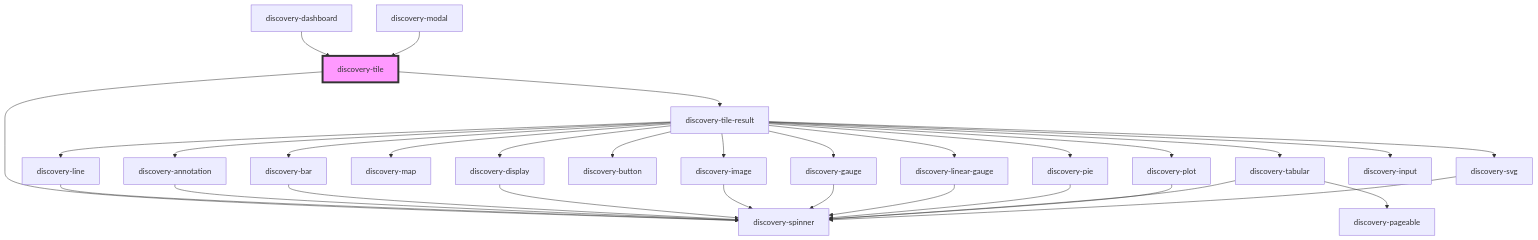
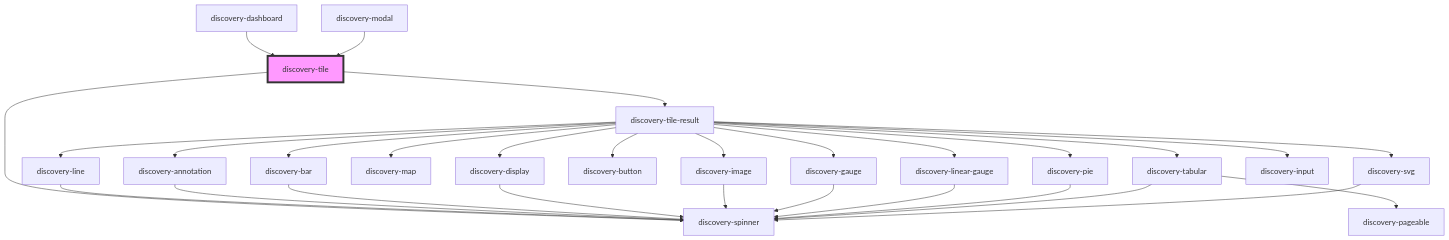
The diagram in src/components/discovery-tile/readme.md (senx/discovery-widgets), drawn with Mermaid before and after one commit. The commit also changed other lines of this file and 22 other files, not shown here.

````diff
--- a/src/components/discovery-tile/readme.md
+++ b/src/components/discovery-tile/readme.md
@@ -78,34 +88,32 @@
 ```mermaid
 graph TD;
   discovery-tile --> discovery-tile-result
   discovery-tile --> discovery-spinner
   discovery-tile-result --> discovery-line
   discovery-tile-result --> discovery-annotation
   discovery-tile-result --> discovery-bar
   discovery-tile-result --> discovery-display
   discovery-tile-result --> discovery-map
   discovery-tile-result --> discovery-image
   discovery-tile-result --> discovery-button
   discovery-tile-result --> discovery-gauge
   discovery-tile-result --> discovery-linear-gauge
   discovery-tile-result --> discovery-pie
   discovery-tile-result --> discovery-tabular
-  discovery-tile-result --> discovery-plot
   discovery-tile-result --> discovery-svg
   discovery-tile-result --> discovery-input
   discovery-line --> discovery-spinner
   discovery-annotation --> discovery-spinner
   discovery-bar --> discovery-spinner
   discovery-display --> discovery-spinner
   discovery-image --> discovery-spinner
   discovery-gauge --> discovery-spinner
   discovery-linear-gauge --> discovery-spinner
   discovery-pie --> discovery-spinner
   discovery-tabular --> discovery-spinner
   discovery-tabular --> discovery-pageable
-  discovery-plot --> discovery-spinner
   discovery-svg --> discovery-spinner
   discovery-dashboard --> discovery-tile
   discovery-modal --> discovery-tile
   style discovery-tile fill:#f9f,stroke:#333,stroke-width:4px
 ```
````
